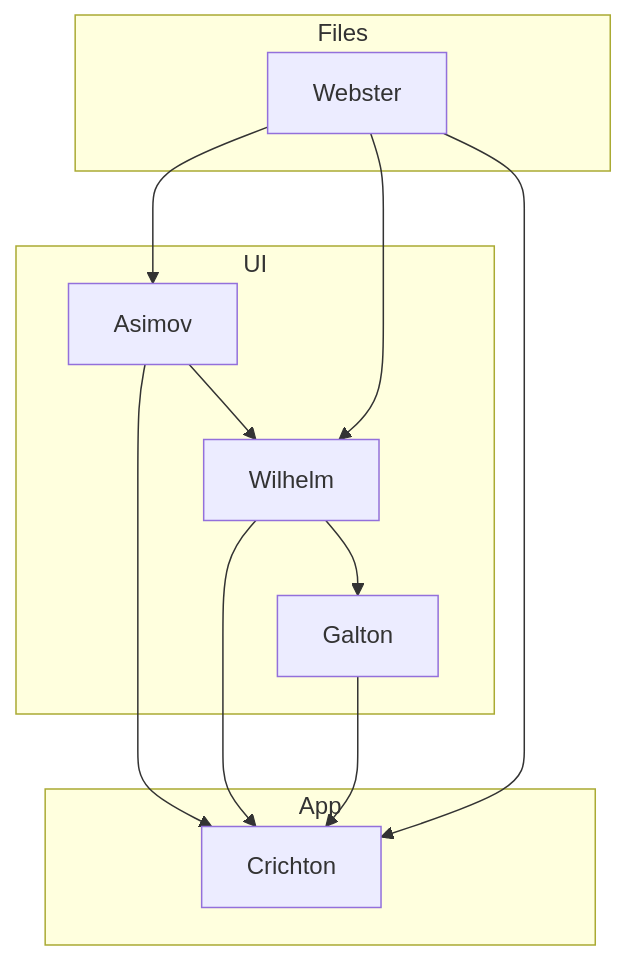
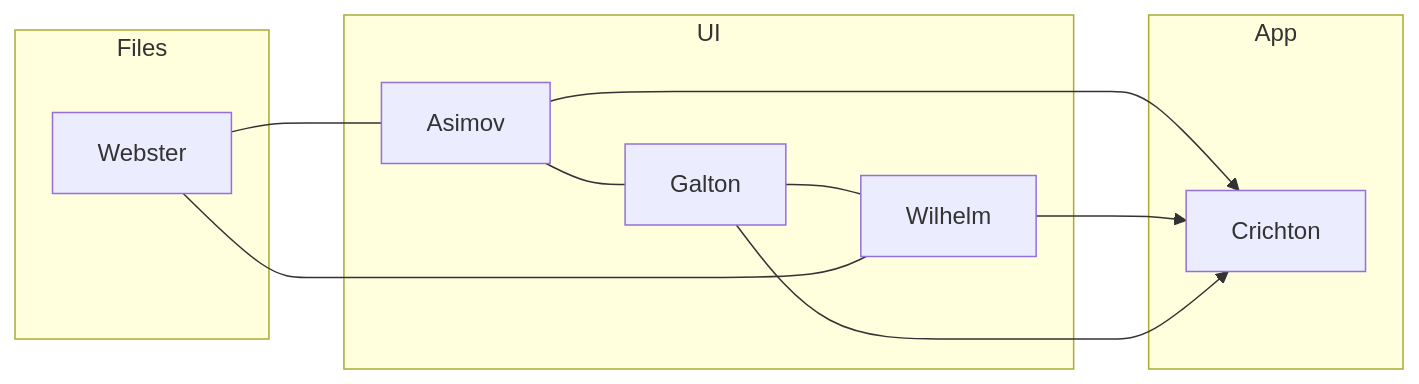
Before and after one commit to servexyz/genesis: the second of 2 diagrams in readme.md, drawn with Mermaid. The commit also changed other lines of this file, not shown here.

Commit message:
Updated diagram for Wrigley

````diff
--- a/readme.md
+++ b/readme.md
@@ -58,17 +56,16 @@
 ```mermaid
-graph TB
+graph LR
     subgraph UI
-    Asimov --> Wilhelm
-    Wilhelm --> Galton
+    Asimov --- Galton
+    Galton --- Wilhelm
   end
-  subgraph Files
-    Webster --> Asimov
-    Webster --> Wilhelm
+subgraph Files
+    Webster --- Asimov
+    Webster --- Wilhelm
   end
   subgraph App
     Asimov --> Crichton
     Wilhelm --> Crichton
     Galton --> Crichton
-    Webster --> Crichton
   end
 ```
````
